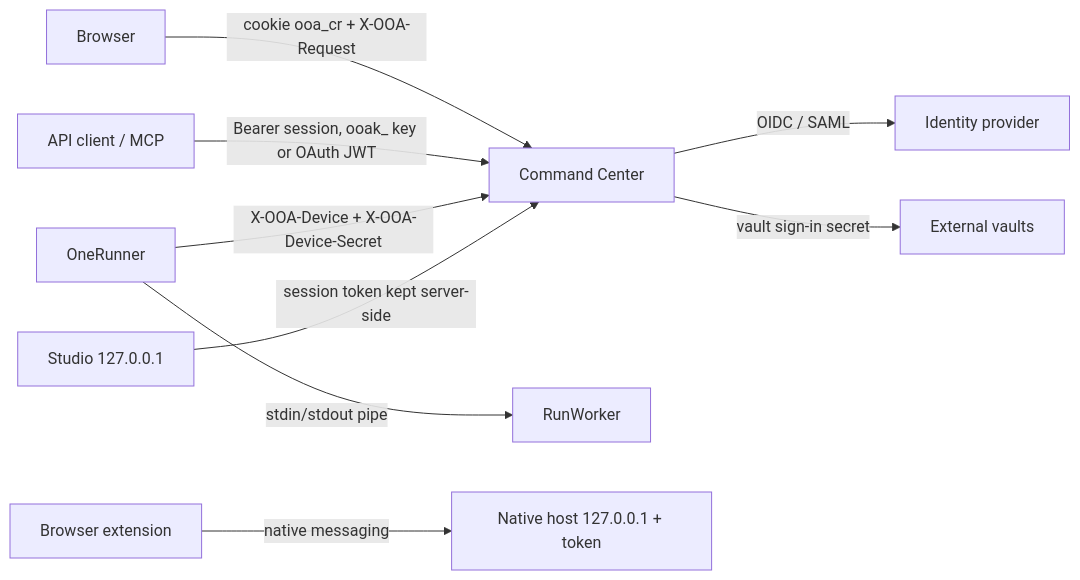
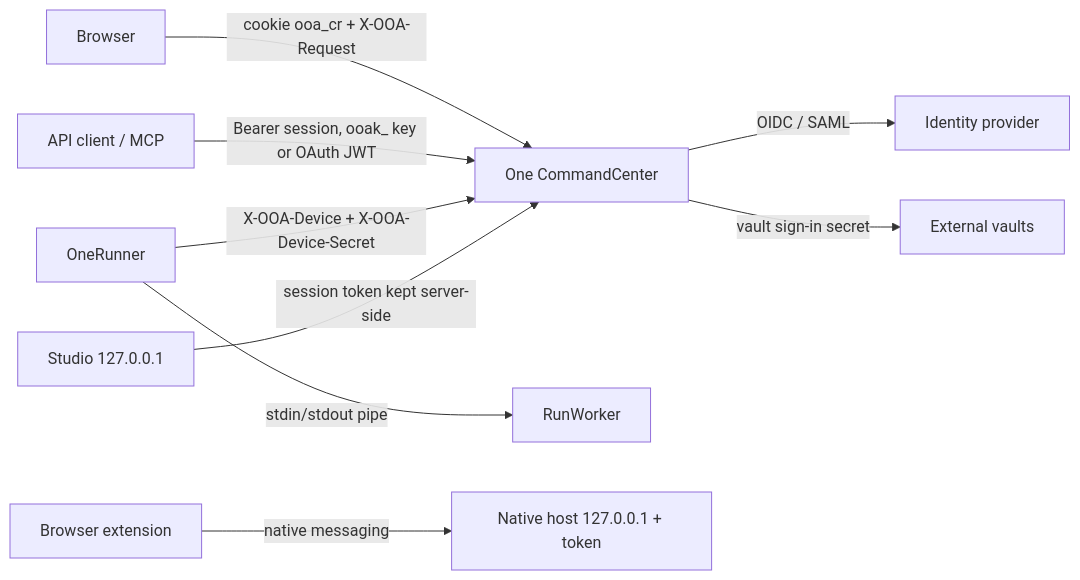
The diagram in docs/architecture/06-security-architecture.md (OneOfficeautomation-Private-Limited/OneOfficeAutomation-Platform), drawn with Mermaid before and after one commit. The commit also changed other lines of this file and 268 other files, not shown here.

First line of the commit message:
Product names: One CommandCenter and One AgentStudio in every sentence; stored folder and service names unchanged

````diff
--- a/docs/architecture/06-security-architecture.md
+++ b/docs/architecture/06-security-architecture.md
@@ -34,11 +34,11 @@
 ```mermaid
 flowchart LR
-    B[Browser] -- cookie ooa_cr + X-OOA-Request --> CC[Command Center]
+    B[Browser] -- cookie ooa_cr + X-OOA-Request --> CC[One CommandCenter]
     API[API client / MCP] -- Bearer session, ooak_ key or OAuth JWT --> CC
     R[OneRunner] -- X-OOA-Device + X-OOA-Device-Secret --> CC
     R -- stdin/stdout pipe --> W[RunWorker]
     CC -- OIDC / SAML --> IDP[Identity provider]
     CC -- vault sign-in secret --> XV[External vaults]
     S[Studio 127.0.0.1] -- session token kept server-side --> CC
     EXT[Browser extension] -- native messaging --> NH[Native host 127.0.0.1 + token]
 ```
````
